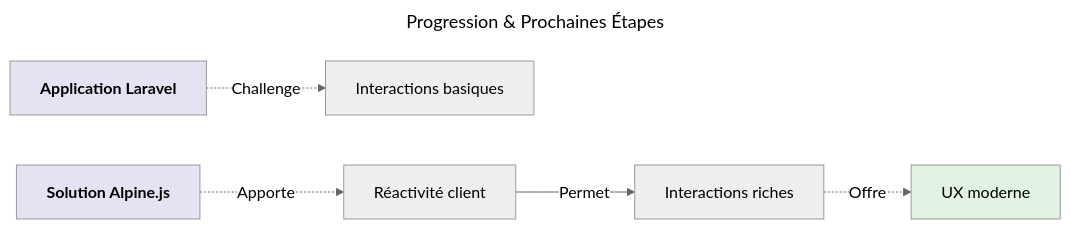
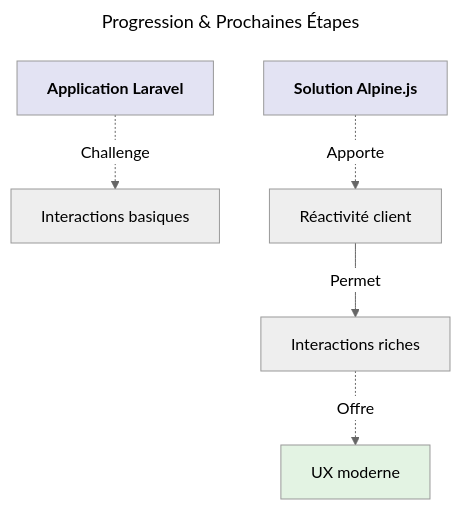
The first of 8 diagrams in docs/dev-cloud/stacks/tall/todolist/etape3/alpinejs-pur.mdx (zyrass/omnyforge), drawn with Mermaid before and after one commit. The commit also changed other lines of this file and 1 other file, not shown here.

````diff
--- a/docs/dev-cloud/stacks/tall/todolist/etape3/alpinejs-pur.mdx
+++ b/docs/dev-cloud/stacks/tall/todolist/etape3/alpinejs-pur.mdx
@@ -20,14 +28,14 @@
 ```mermaid
 ---
 title: Progression & Prochaines Étapes
 config:
   theme: 'neutral'
 ---
-graph LR
+graph TB
 A[<b>Application Laravel</b>] -.-> |Challenge| B["Interactions basiques"]
 C[<b>Solution Alpine.js</b>] -.-> |Apporte|D[Réactivité client] --> |Permet| E[Interactions riches] -.-> |Offre| F[UX moderne]
 
 style A fill:#e3e3f3
 style C fill:#e3e3f3
 style F fill:#e3f3e3
 ```
````
